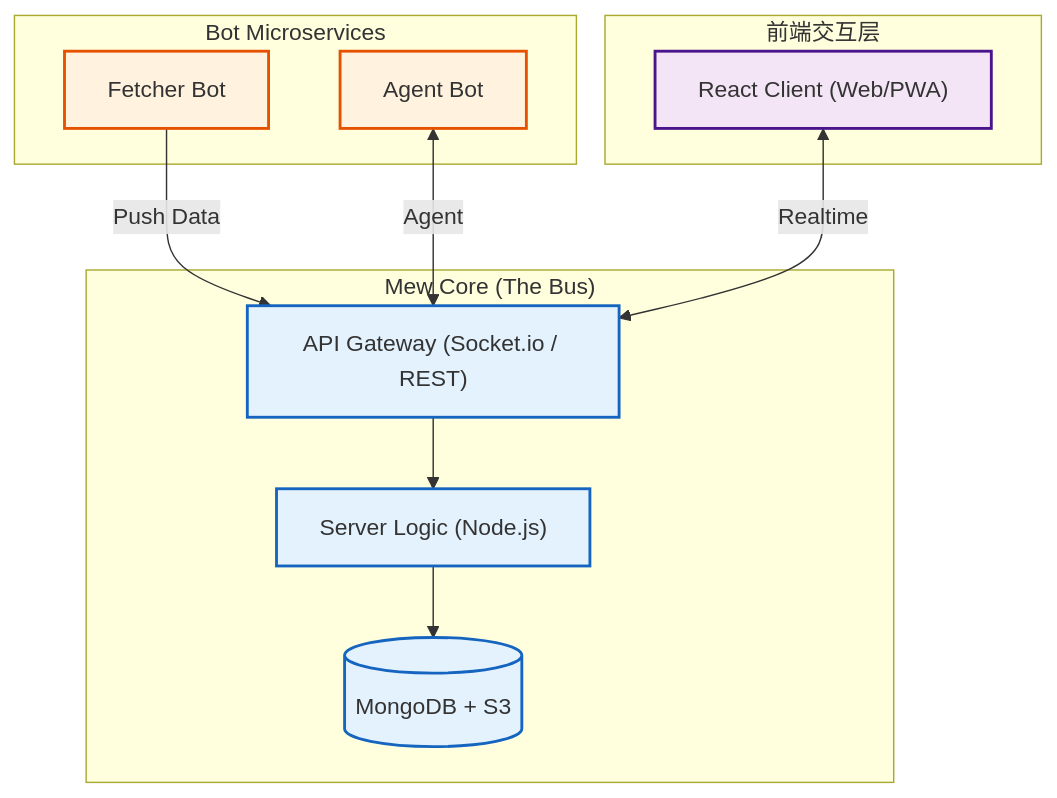
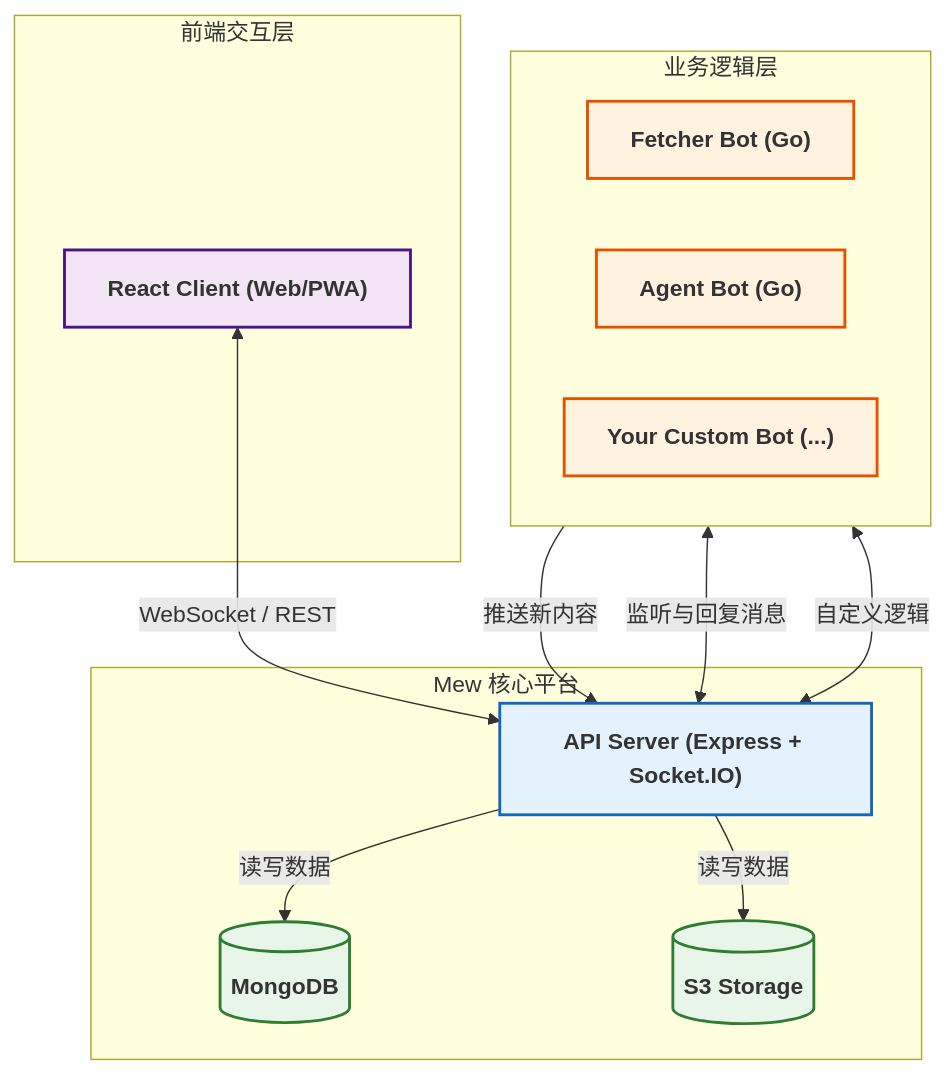
One commit to U1805/mew changed the diagram in website/docs/start/introduction.md. Above: the diagram before and after it, drawn with Mermaid. The commit also changed other lines of this file and 18 other files, not shown here.

`````diff
--- a/website/docs/start/introduction.md
+++ b/website/docs/start/introduction.md
@@ -48,28 +61,33 @@
 ```mermaid
 graph TD
     %% Styling
-    classDef core fill:#e3f2fd,stroke:#1565c0,stroke-width:2px
-    classDef ext fill:#fff3e0,stroke:#e65100,stroke-width:2px
-    classDef client fill:#f3e5f5,stroke:#4a148c,stroke-width:2px
+    classDef core fill:#e3f2fd,stroke:#1565c0,stroke-width:2px,font-weight:bold
+    classDef ext fill:#fff3e0,stroke:#e65100,stroke-width:2px,font-weight:bold
+    classDef client fill:#f3e5f5,stroke:#4a148c,stroke-width:2px,font-weight:bold
+    classDef storage fill:#e8f5e9,stroke:#2e7d32,stroke-width:2px,font-weight:bold
 
-    subgraph Client ["前端交互层"]
+    subgraph Front-End ["前端交互层"]
         UI["React Client (Web/PWA)"]:::client
     end
 
-    subgraph Platform ["Mew Core (The Bus)"]
-        Gateway["API Gateway (Socket.io / REST)"]:::core
-        Server["Server Logic (Node.js)"]:::core
-        DB[("MongoDB + S3")]:::core
+    subgraph Mew Platform ["Mew 核心平台"]
+        APIServer["API Server (Express + Socket.IO)"]:::core
+        DB[("MongoDB")]:::storage
+        S3[("S3 Storage")]:::storage
     end
 
-    subgraph Services ["Bot Microservices"]
-        FetcherBot["Fetcher Bot"]:::ext
-        AgentBot["Agent Bot"]:::ext
+    subgraph Bot Microservices ["业务逻辑层"]
+        direction LR
+        FetcherBot["Fetcher Bot (Go)"]:::ext
+        AgentBot["Agent Bot (Go)"]:::ext
+        YourBot["Your Custom Bot (...)"]:::ext
     end
 
     %% Flow
-    FetcherBot -->|Push Data| Gateway
-    AgentBot <-->|Agent| Gateway
-    UI <-->|Realtime| Gateway
-    Gateway --> Server --> DB
-````
+    UI <-->|WebSocket / REST| APIServer
+    APIServer -- "读写数据" --> DB & S3
+
+    FetcherBot -- "推送新内容" --> APIServer
+    AgentBot <-->|监听与回复消息| APIServer
+    YourBot <-->|自定义逻辑| APIServer
+```
`````
